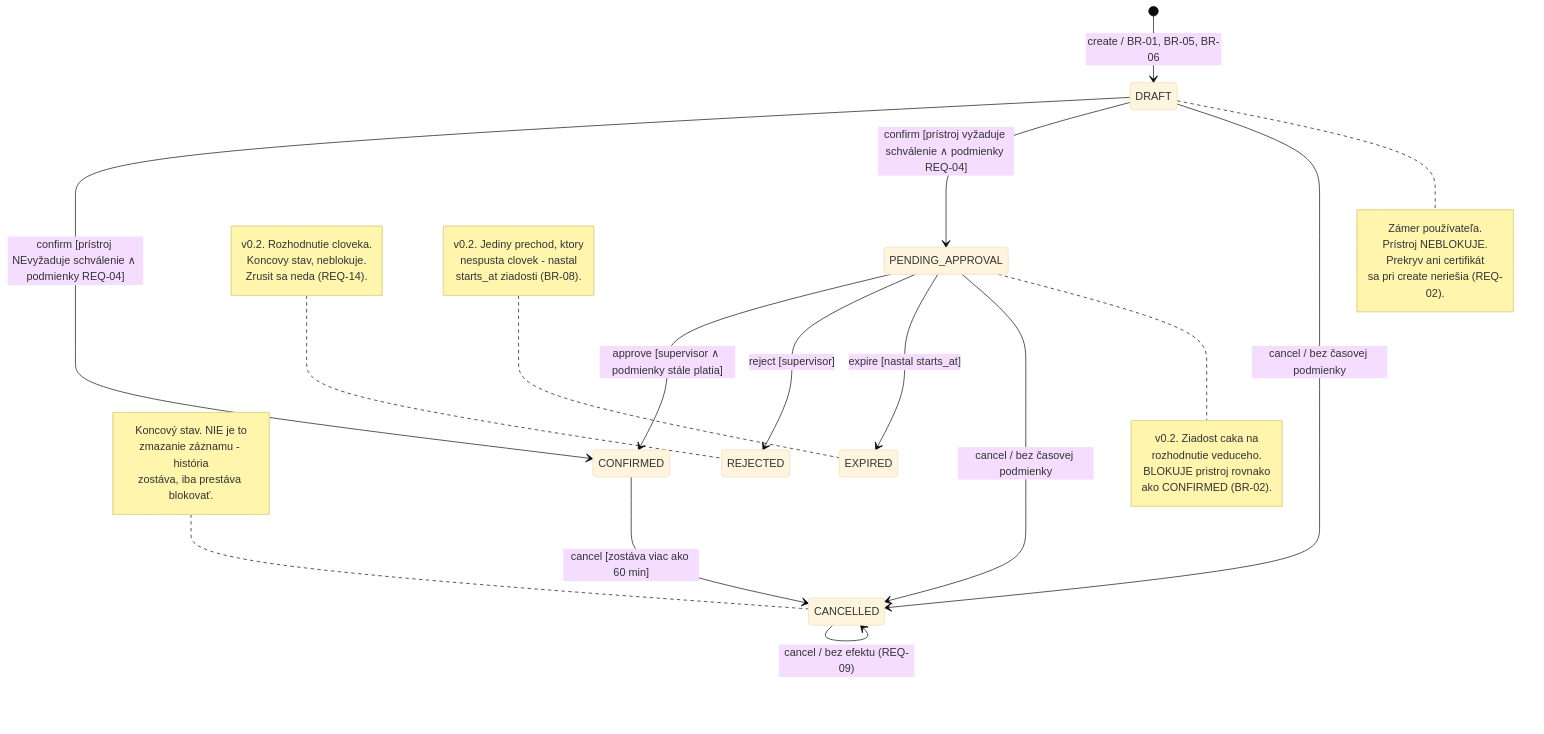
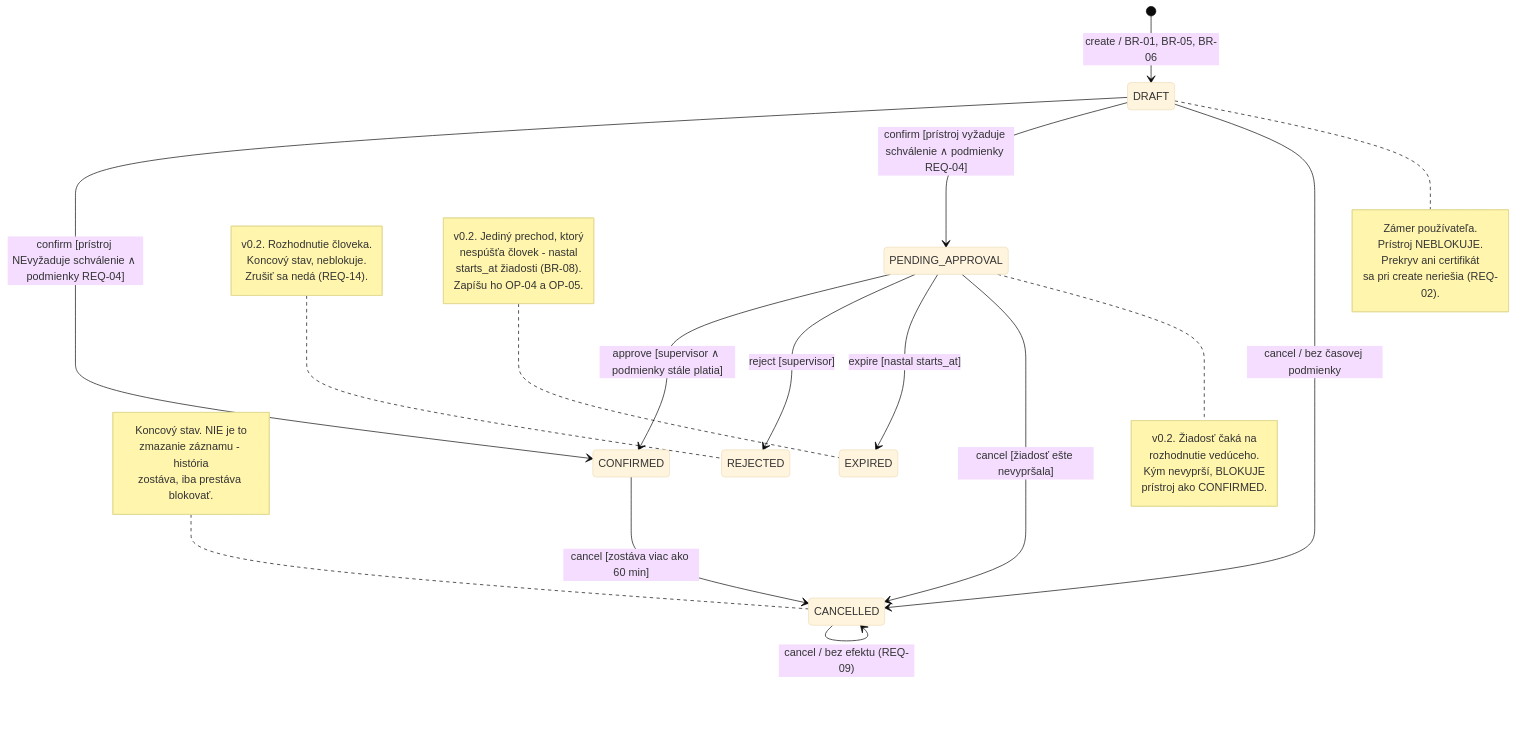
One commit to thspowered/SWI-LAB changed the second of 7 diagrams in docs/diagrams.md. Above: the diagram before and after it, drawn with Mermaid (base theme). The commit also changed other lines of this file and 13 other files, not shown here.

````diff
--- a/docs/diagrams.md
+++ b/docs/diagrams.md
@@ -77,48 +78,49 @@
 ```mermaid
 stateDiagram-v2
     [*] --> DRAFT : create / BR-01, BR-05, BR-06
 
     DRAFT --> CONFIRMED : confirm [prístroj NEvyžaduje schválenie ∧ podmienky REQ-04]
     DRAFT --> PENDING_APPROVAL : confirm [prístroj vyžaduje schválenie ∧ podmienky REQ-04]
     DRAFT --> CANCELLED : cancel / bez časovej podmienky
 
     PENDING_APPROVAL --> CONFIRMED : approve [supervisor ∧ podmienky stále platia]
     PENDING_APPROVAL --> REJECTED : reject [supervisor]
     PENDING_APPROVAL --> EXPIRED : expire [nastal starts_at]
-    PENDING_APPROVAL --> CANCELLED : cancel / bez časovej podmienky
+    PENDING_APPROVAL --> CANCELLED : cancel [žiadosť ešte nevypršala]
 
     CONFIRMED --> CANCELLED : cancel [zostáva viac ako 60 min]
     CANCELLED --> CANCELLED : cancel / bez efektu (REQ-09)
 
     note right of DRAFT
         Zámer používateľa.
         Prístroj NEBLOKUJE.
         Prekryv ani certifikát
         sa pri create neriešia (REQ-02).
     end note
 
     note right of PENDING_APPROVAL
-        v0.2. Ziadost caka na
-        rozhodnutie veduceho.
-        BLOKUJE pristroj rovnako
-        ako CONFIRMED (BR-02).
+        v0.2. Žiadosť čaká na
+        rozhodnutie vedúceho.
+        Kým nevyprší, BLOKUJE
+        prístroj ako CONFIRMED.
     end note
 
     note left of REJECTED
-        v0.2. Rozhodnutie cloveka.
-        Koncovy stav, neblokuje.
-        Zrusit sa neda (REQ-14).
+        v0.2. Rozhodnutie človeka.
+        Koncový stav, neblokuje.
+        Zrušiť sa nedá (REQ-14).
     end note
 
     note left of EXPIRED
-        v0.2. Jediny prechod, ktory
-        nespusta clovek - nastal
-        starts_at ziadosti (BR-08).
+        v0.2. Jediný prechod, ktorý
+        nespúšťa človek - nastal
+        starts_at žiadosti (BR-08).
+        Zapíšu ho OP-04 a OP-05.
     end note
 
     note left of CANCELLED
         Koncový stav. NIE je to
         zmazanie záznamu - história
         zostáva, iba prestáva blokovať.
     end note
 ```
````
